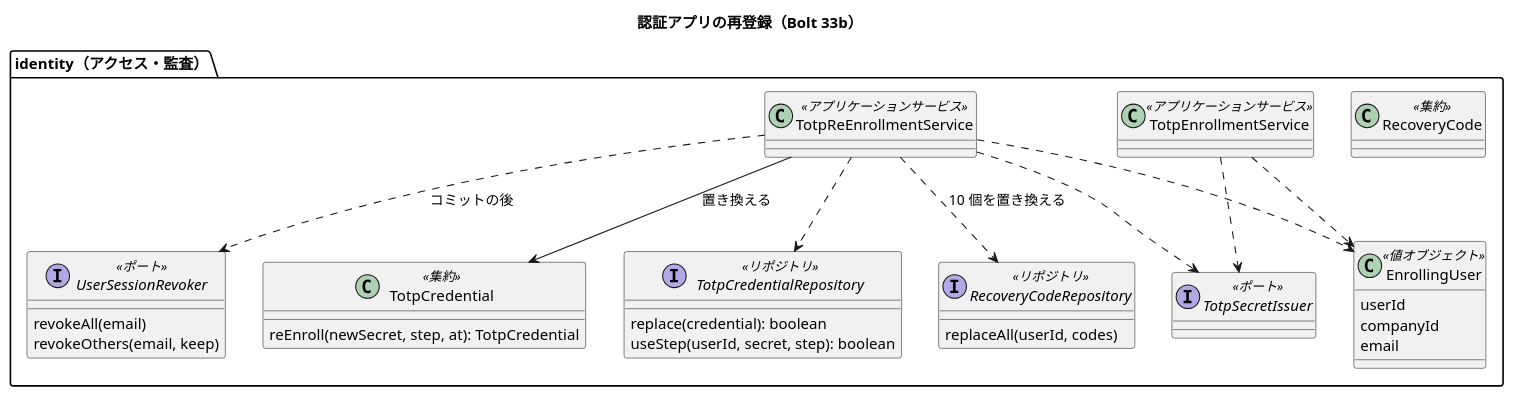
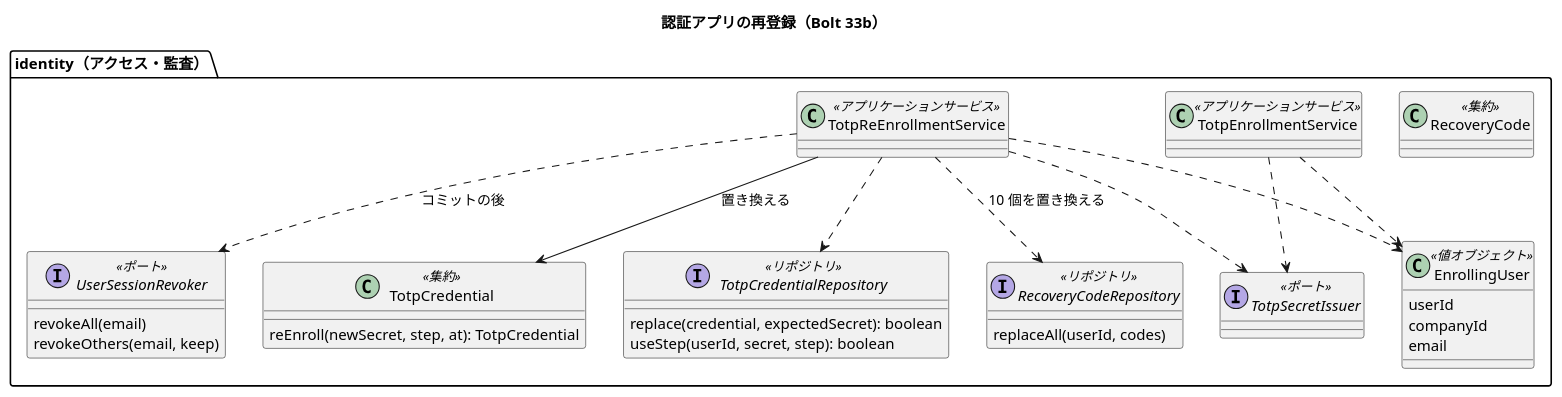
Before and after one commit to k2works/practical-domain-driven-design-in-enterpris-application: diagram 14 of 21 in docs/design/cargo-tracker/domain_model.md, drawn with PlantUML. The commit also changed other lines of this file and 11 other files, not shown here.

````diff
--- a/docs/design/cargo-tracker/domain_model.md
+++ b/docs/design/cargo-tracker/domain_model.md
@@ -1069,38 +1069,38 @@
 ```plantuml
 @startuml
 title 認証アプリの再登録（Bolt 33b）
 package "identity（アクセス・監査）" {
   class TotpCredential <<集約>> {
     reEnroll(newSecret, step, at): TotpCredential
   }
   class RecoveryCode <<集約>>
   class EnrollingUser <<値オブジェクト>> {
     userId
     companyId
     email
   }
   interface TotpCredentialRepository <<リポジトリ>> {
-    replace(credential): boolean
+    replace(credential, expectedSecret): boolean
     useStep(userId, secret, step): boolean
   }
   interface RecoveryCodeRepository <<リポジトリ>> {
     replaceAll(userId, codes)
   }
   interface UserSessionRevoker <<ポート>> {
     revokeAll(email)
     revokeOthers(email, keep)
   }
   interface TotpSecretIssuer <<ポート>>
   class TotpEnrollmentService <<アプリケーションサービス>>
   class TotpReEnrollmentService <<アプリケーションサービス>>
   TotpEnrollmentService ..> EnrollingUser
   TotpReEnrollmentService ..> EnrollingUser
   TotpEnrollmentService ..> TotpSecretIssuer
   TotpReEnrollmentService ..> TotpSecretIssuer
   TotpReEnrollmentService --> TotpCredential : 置き換える
   TotpReEnrollmentService ..> TotpCredentialRepository
   TotpReEnrollmentService ..> RecoveryCodeRepository : 10 個を置き換える
   TotpReEnrollmentService ..> UserSessionRevoker : コミットの後
 }
 @enduml
 ```
````
